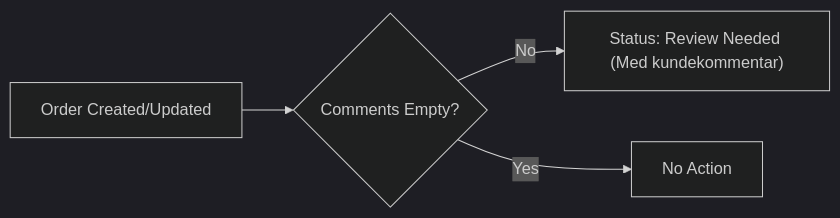
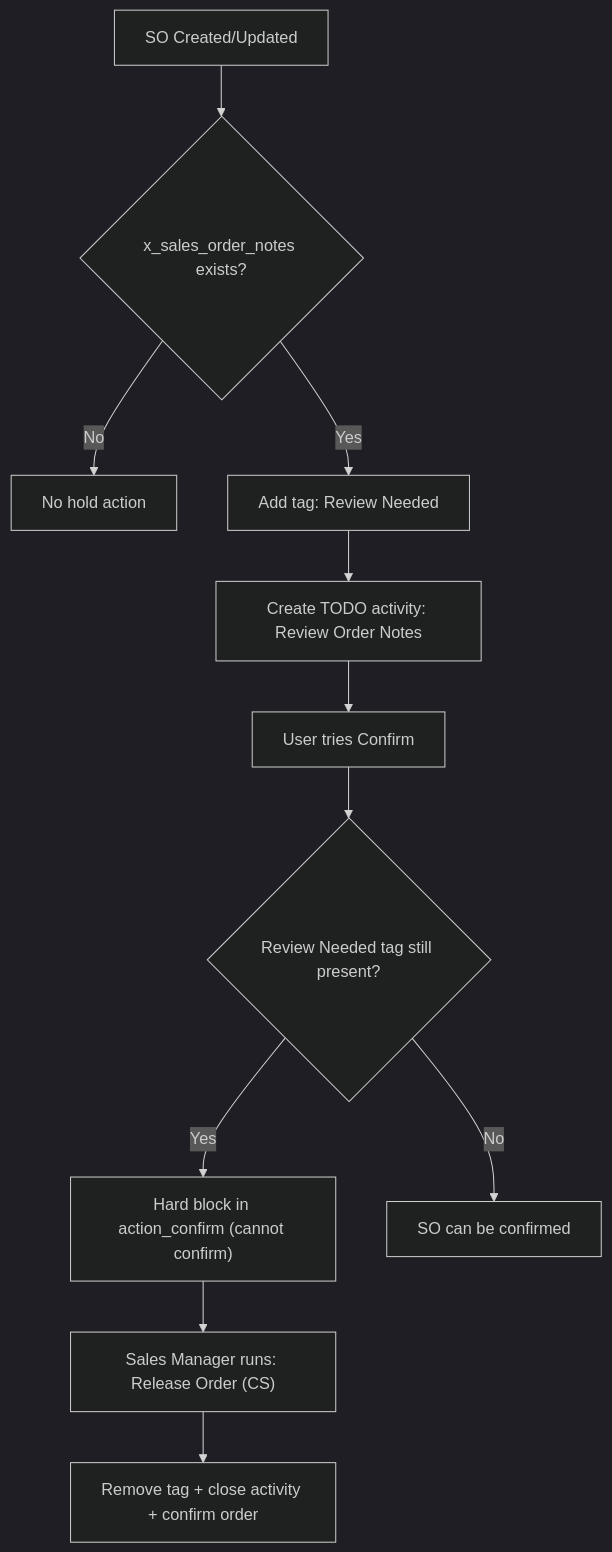
The second of 15 diagrams in bp-automations.md (ozan-droid/documents), drawn with Mermaid (dark theme) before and after one commit. The commit also changed other lines of this file, not shown here.

````diff
--- a/bp-automations.md
+++ b/bp-automations.md
@@ -38,6 +42,13 @@
 ```mermaid
-graph LR
-    A["Order Created/Updated"] --> B{"Comments Empty?"}
-    B -- No --> C["Status: Review Needed (Med kundekommentar)"]
-    B -- Yes --> D["No Action"]
+graph TD
+    A["SO Created/Updated"] --> B{"x_sales_order_notes exists?"}
+    B -- No --> Z["No hold action"]
+    B -- Yes --> C["Add tag: Review Needed"]
+    C --> D["Create TODO activity: Review Order Notes"]
+    D --> E["User tries Confirm"]
+    E --> F{"Review Needed tag still present?"}
+    F -- Yes --> G["Hard block in action_confirm (cannot confirm)"]
+    F -- No --> H["SO can be confirmed"]
+    G --> I["Sales Manager runs: Release Order (CS)"]
+    I --> J["Remove tag + close activity + confirm order"]
 ```
````
